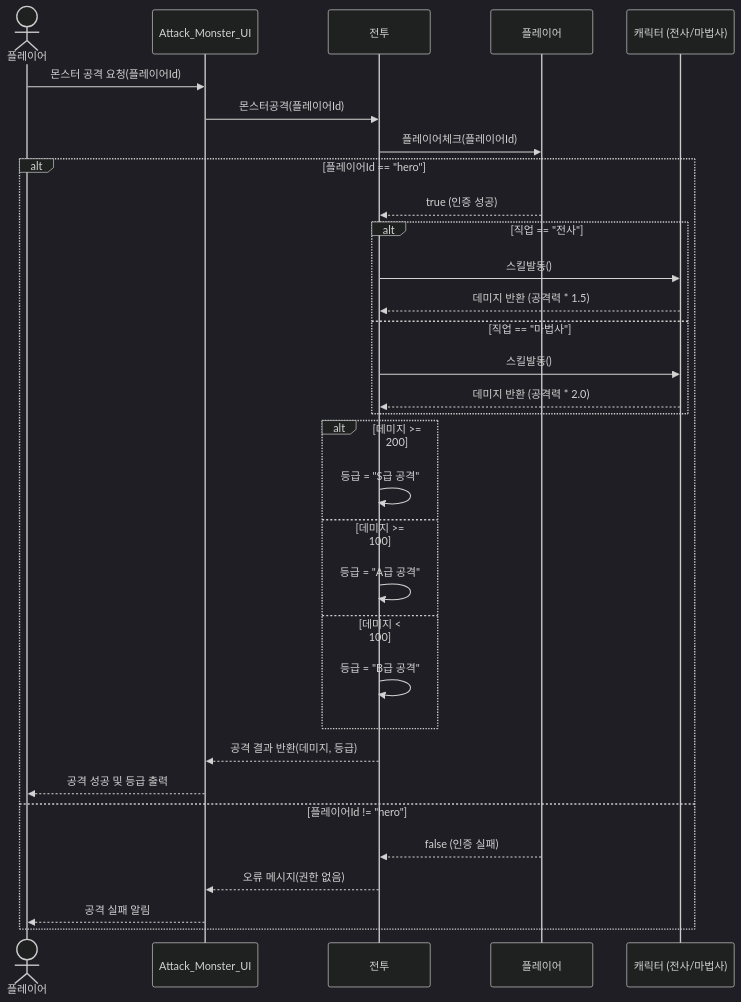
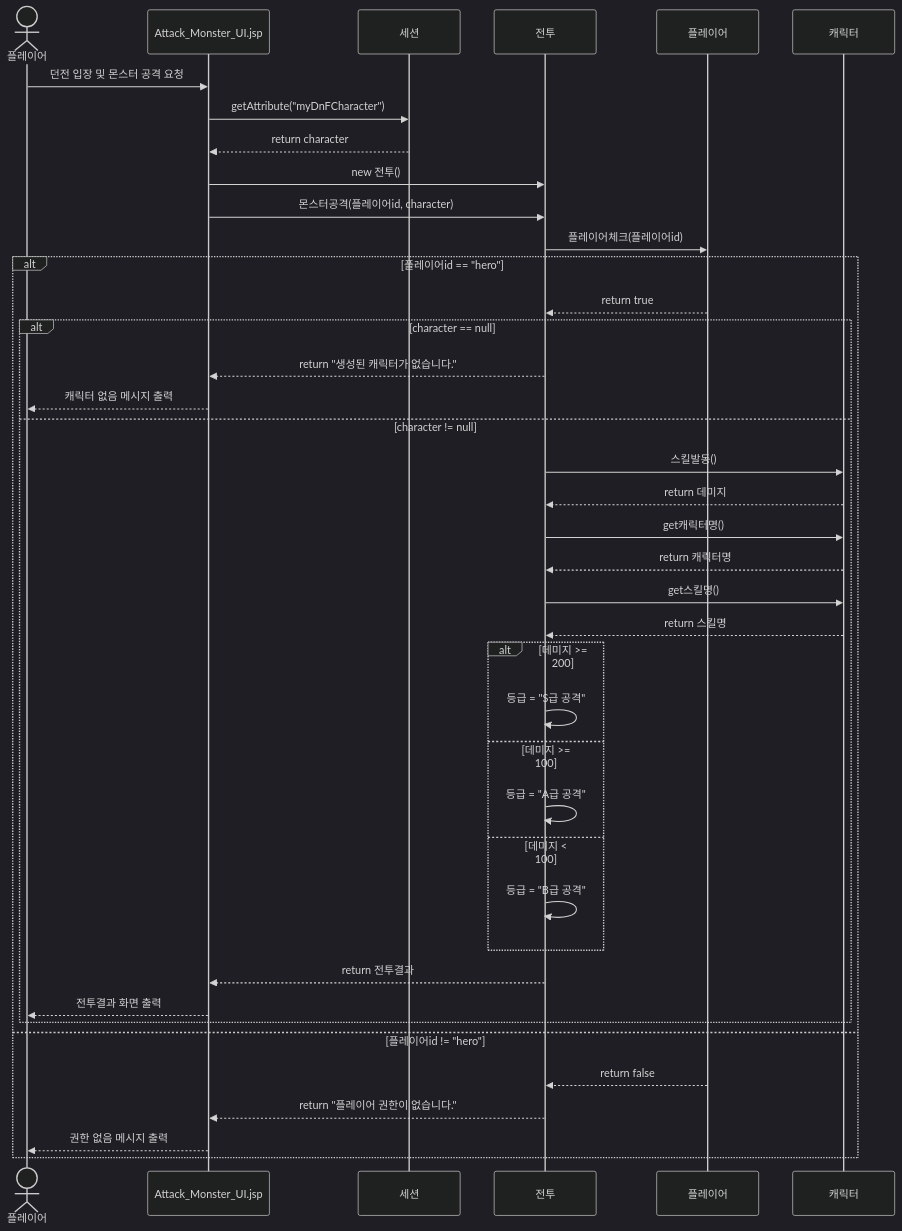
One commit to seonwung/DnF_Nattle_B_04 changed the diagram in 몬스터공격_순차도.md. Above: the diagram before and after it, drawn with Mermaid (dark theme).

`````diff
--- a/몬스터공격_순차도.md
+++ b/몬스터공격_순차도.md
@@ -1,41 +1,54 @@
 ```mermaid
 sequenceDiagram
     actor Player as 플레이어
-    participant UI as Attack_Monster_UI
+    participant UI as Attack_Monster_UI.jsp
+    participant Session as 세션
     participant Battle as 전투
     participant PlayerClass as 플레이어
-    participant Char as 캐릭터 (전사/마법사)
+    participant Char as 캐릭터
 
-    Player->>UI: 몬스터 공격 요청(플레이어Id)
-    UI->>Battle: 몬스터공격(플레이어Id)
+    Player->>UI: 던전 입장 및 몬스터 공격 요청
 
-    Battle->>PlayerClass: 플레이어체크(플레이어Id)
+    UI->>Session: getAttribute("myDnFCharacter")
+    Session-->>UI: return character
 
-    alt 플레이어Id == "hero"
-        PlayerClass-->>Battle: true (인증 성공)
+    UI->>Battle: new 전투()
+    UI->>Battle: 몬스터공격(플레이어id, character)
 
-        alt 직업 == "전사"
+    Battle->>PlayerClass: 플레이어체크(플레이어id)
+
+    alt 플레이어id == "hero"
+        PlayerClass-->>Battle: return true
+
+        alt character == null
+            Battle-->>UI: return "생성된 캐릭터가 없습니다."
+            UI-->>Player: 캐릭터 없음 메시지 출력
+
+        else character != null
             Battle->>Char: 스킬발동()
-            Char-->>Battle: 데미지 반환 (공격력 * 1.5)
-        else 직업 == "마법사"
-            Battle->>Char: 스킬발동()
-            Char-->>Battle: 데미지 반환 (공격력 * 2.0)
+            Char-->>Battle: return 데미지
+
+            Battle->>Char: get캐릭터명()
+            Char-->>Battle: return 캐릭터명
+
+            Battle->>Char: get스킬명()
+            Char-->>Battle: return 스킬명
+
+            alt 데미지 >= 200
+                Battle->>Battle: 등급 = "S급 공격"
+            else 데미지 >= 100
+                Battle->>Battle: 등급 = "A급 공격"
+            else 데미지 < 100
+                Battle->>Battle: 등급 = "B급 공격"
+            end
+
+            Battle-->>UI: return 전투결과
+            UI-->>Player: 전투결과 화면 출력
         end
 
-        alt 데미지 >= 200
-            Battle->>Battle: 등급 = "S급 공격"
-        else 데미지 >= 100
-            Battle->>Battle: 등급 = "A급 공격"
-        else 데미지 < 100
-            Battle->>Battle: 등급 = "B급 공격"
-        end
-
-        Battle-->>UI: 공격 결과 반환(데미지, 등급)
-        UI-->>Player: 공격 성공 및 등급 출력
-
-    else 플레이어Id != "hero"
-        PlayerClass-->>Battle: false (인증 실패)
-        Battle-->>UI: 오류 메시지(권한 없음)
-        UI-->>Player: 공격 실패 알림
+    else 플레이어id != "hero"
+        PlayerClass-->>Battle: return false
+        Battle-->>UI: return "플레이어 권한이 없습니다."
+        UI-->>Player: 권한 없음 메시지 출력
     end
 ````
`````
